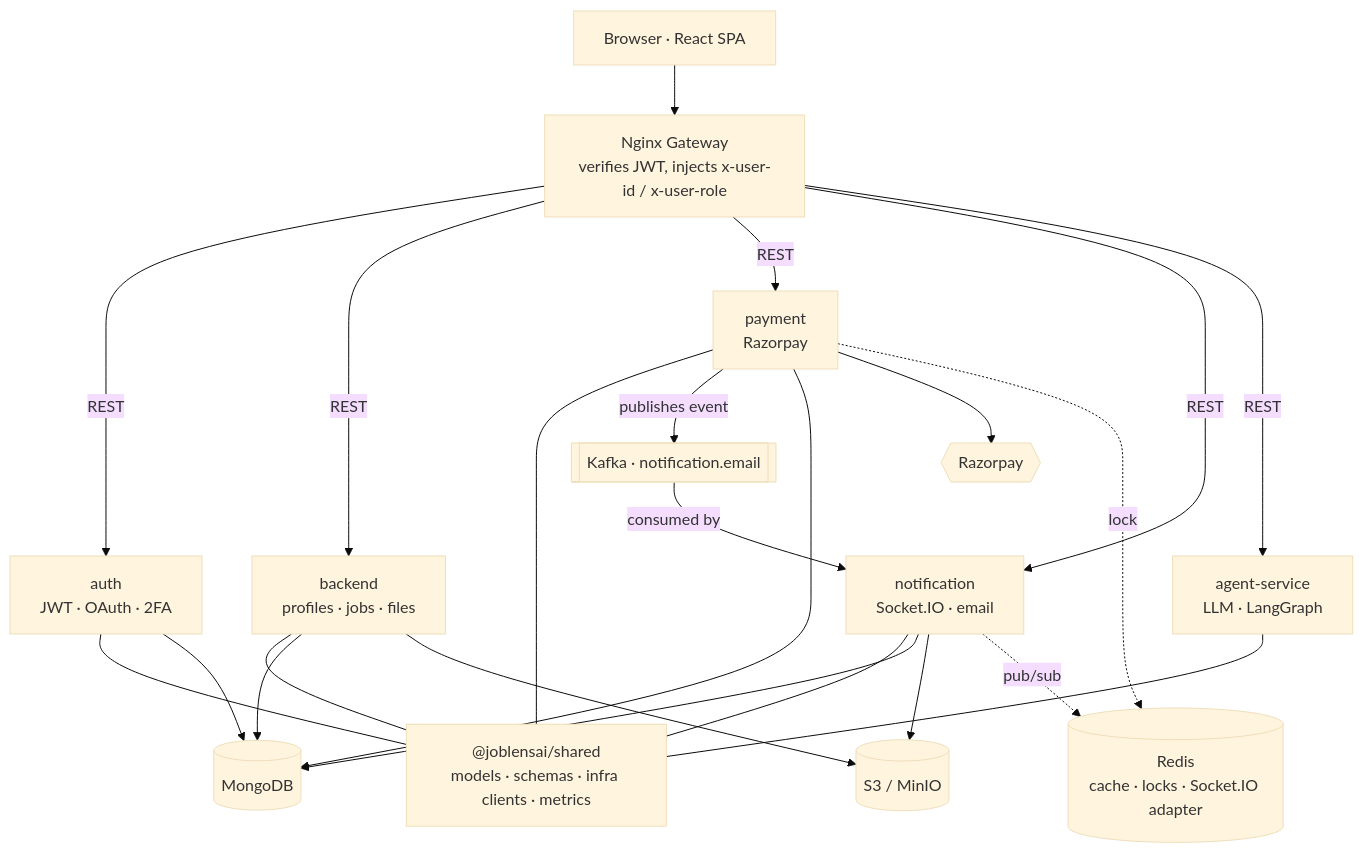
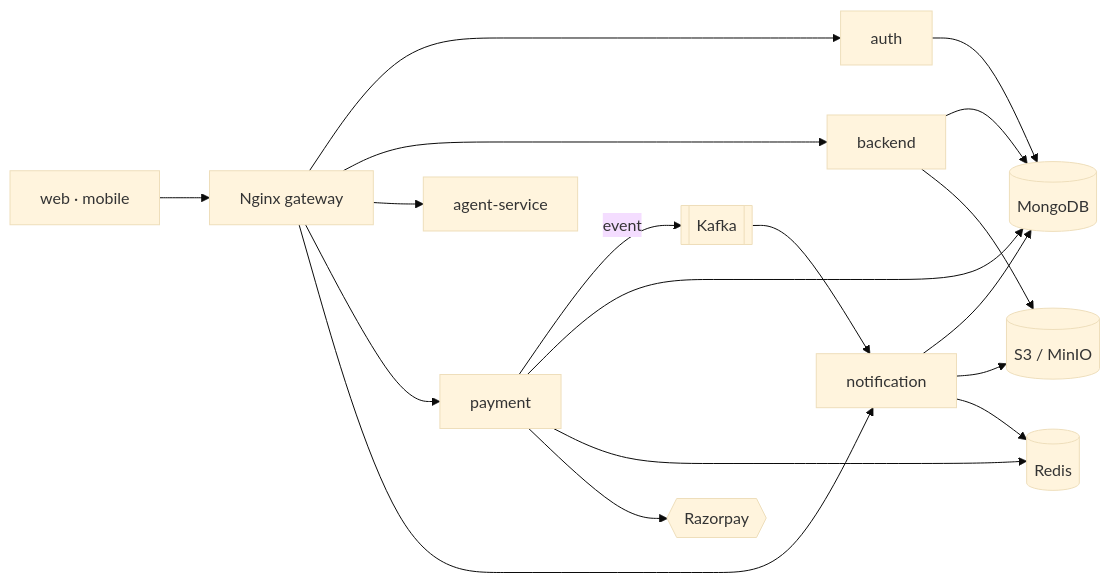
Before and after one commit to mayankgupta1008/joblensai-2: the second of 2 diagrams in README.md, drawn with Mermaid (base theme). The commit also changed other lines of this file, not shown here.

````diff
--- a/README.md
+++ b/README.md
@@ -30,33 +67,18 @@
 ```mermaid
-flowchart TB
-    Browser["Browser · React SPA"]
-    Gateway["Nginx Gateway<br/>verifies JWT, injects x-user-id / x-user-role"]
-    Browser --> Gateway
+flowchart LR
+    Clients["web · mobile"] --> GW["Nginx gateway"]
 
-    Gateway -->|REST| Auth["auth<br/>JWT · OAuth · 2FA"]
-    Gateway -->|REST| Backend["backend<br/>profiles · jobs · files"]
-    Gateway -->|REST| Payment["payment<br/>Razorpay"]
-    Gateway -->|REST| Notification["notification<br/>Socket.IO · email"]
-    Gateway -->|REST| Agent["agent-service<br/>LLM · LangGraph"]
+    GW --> Auth["auth"]
+    GW --> Backend["backend"]
+    GW --> Agent["agent-service"]
+    GW --> Payment["payment"]
+    GW --> Notif["notification"]
 
-    Shared["@joblensai/shared<br/>models · schemas · infra clients · metrics"]
-    Auth --- Shared
-    Backend --- Shared
-    Payment --- Shared
-    Notification --- Shared
-    Agent --- Shared
+    Payment -->|event| Kafka[["Kafka"]]
+    Kafka --> Notif
 
-    Payment -->|publishes event| Kafka[["Kafka · notification.email"]]
-    Kafka -->|consumed by| Notification
-
-    Auth --> Mongo[("MongoDB")]
-    Backend --> Mongo
-    Payment --> Mongo
-    Notification --> Mongo
-    Backend --> S3[("S3 / MinIO")]
-    Notification --> S3
-    Payment --> Razorpay{{"Razorpay"}}
-
-    Payment -. lock .-> Redis[("Redis<br/>cache · locks · Socket.IO adapter")]
-    Notification -. pub/sub .-> Redis
+    Auth & Backend & Payment & Notif --> Mongo[("MongoDB")]
+    Backend & Notif --> S3[("S3 / MinIO")]
+    Payment & Notif --> Redis[("Redis")]
+    Payment --> RP{{"Razorpay"}}
 ```
````
